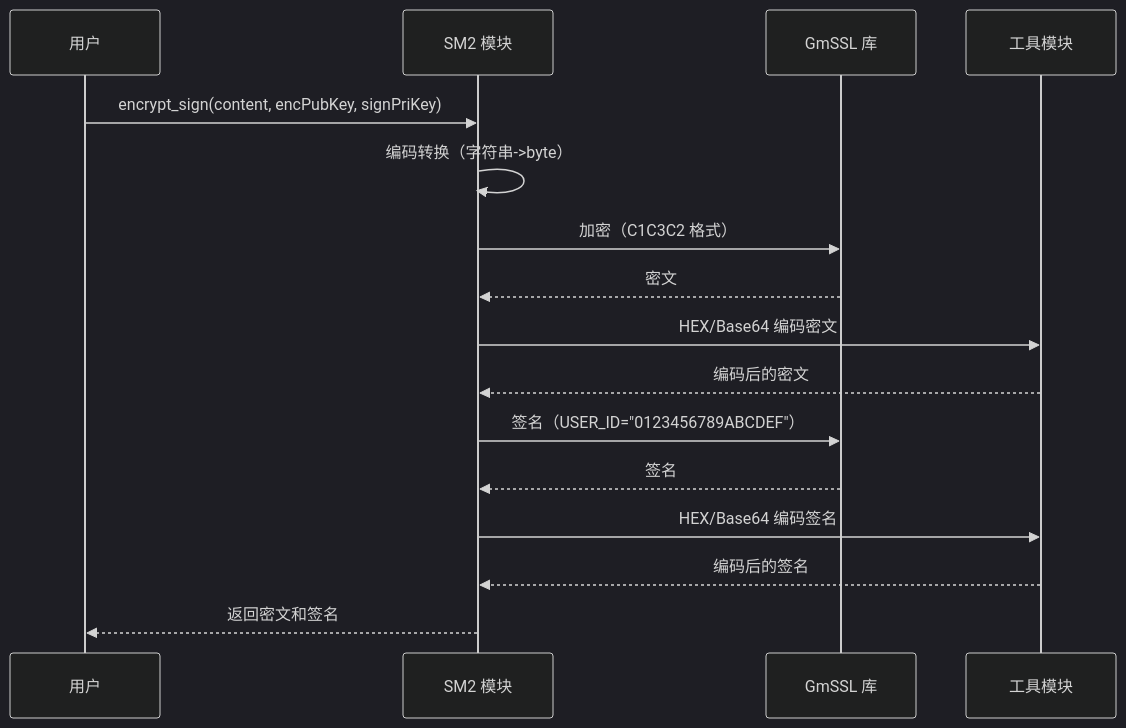
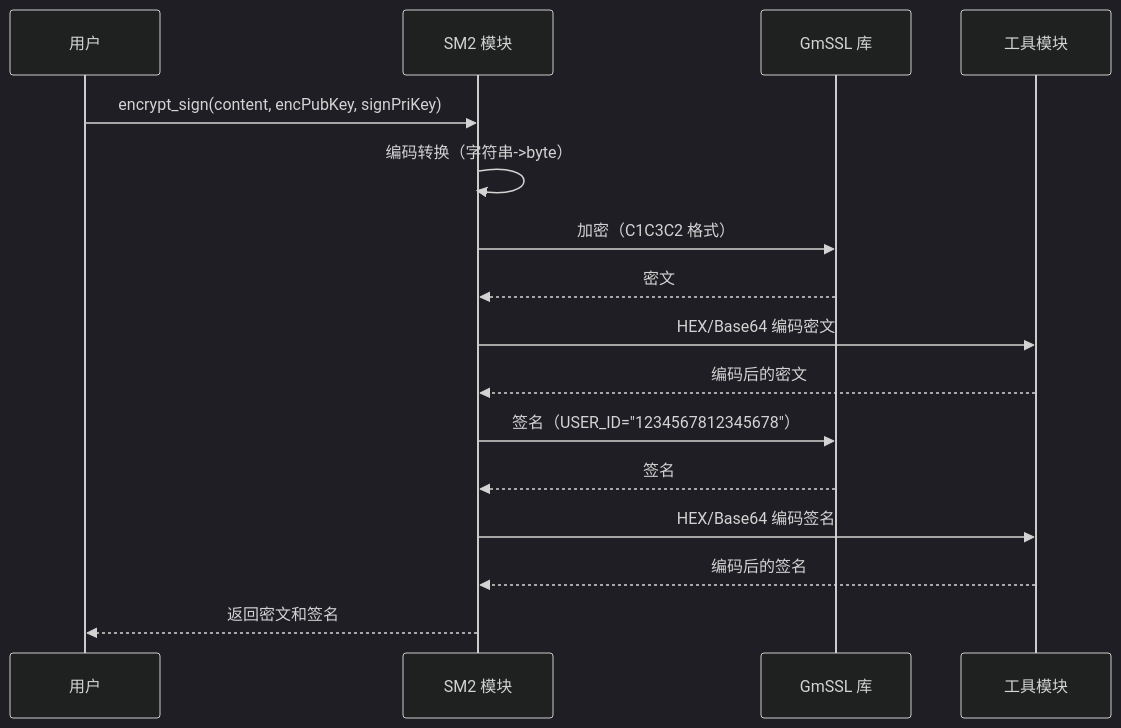
One commit to iili-cc/crossmool changed the second of 4 diagrams in .gientech/1776919345646-在crossmoolccrossmool/design.md. Above: the diagram before and after it, drawn with Mermaid (dark theme). The commit also changed 102 other files, not shown here.

````diff
--- a/.gientech/1776919345646-在crossmoolccrossmool/design.md
+++ b/.gientech/1776919345646-在crossmoolccrossmool/design.md
@@ -752,19 +752,19 @@
 ```mermaid
 sequenceDiagram
     participant User as 用户
     participant SM2 as SM2 模块
     participant GmSSL as GmSSL 库
     participant Util as 工具模块
 
     User->>SM2: encrypt_sign(content, encPubKey, signPriKey)
     SM2->>SM2: 编码转换（字符串->byte）
     SM2->>GmSSL: 加密（C1C3C2 格式）
     GmSSL-->>SM2: 密文
     SM2->>Util: HEX/Base64 编码密文
     Util-->>SM2: 编码后的密文
-    SM2->>GmSSL: 签名（USER_ID="0123456789ABCDEF"）
+    SM2->>GmSSL: 签名（USER_ID="1234567812345678"）
     GmSSL-->>SM2: 签名
     SM2->>Util: HEX/Base64 编码签名
     Util-->>SM2: 编码后的签名
     SM2-->>User: 返回密文和签名
 ```
````
